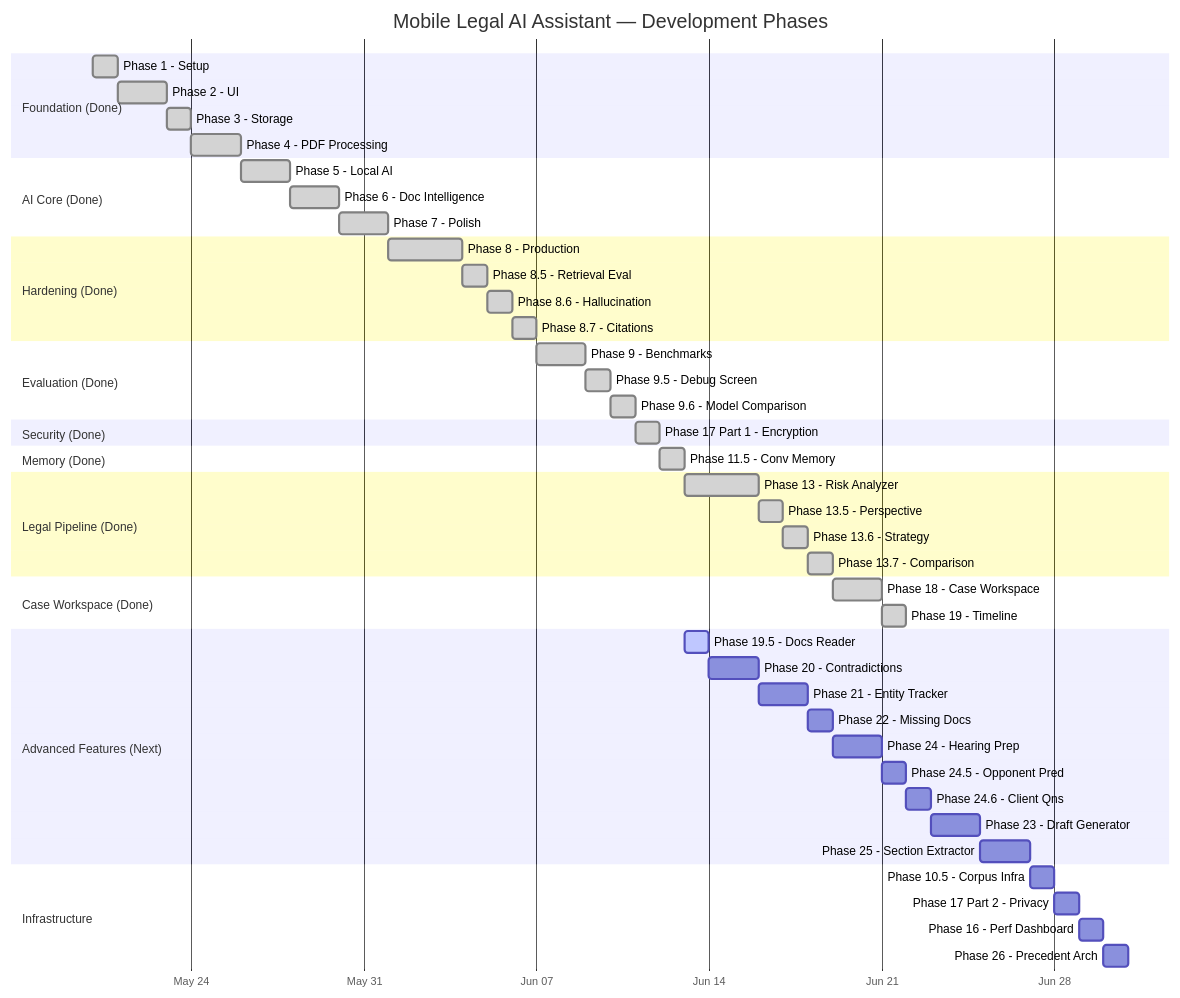
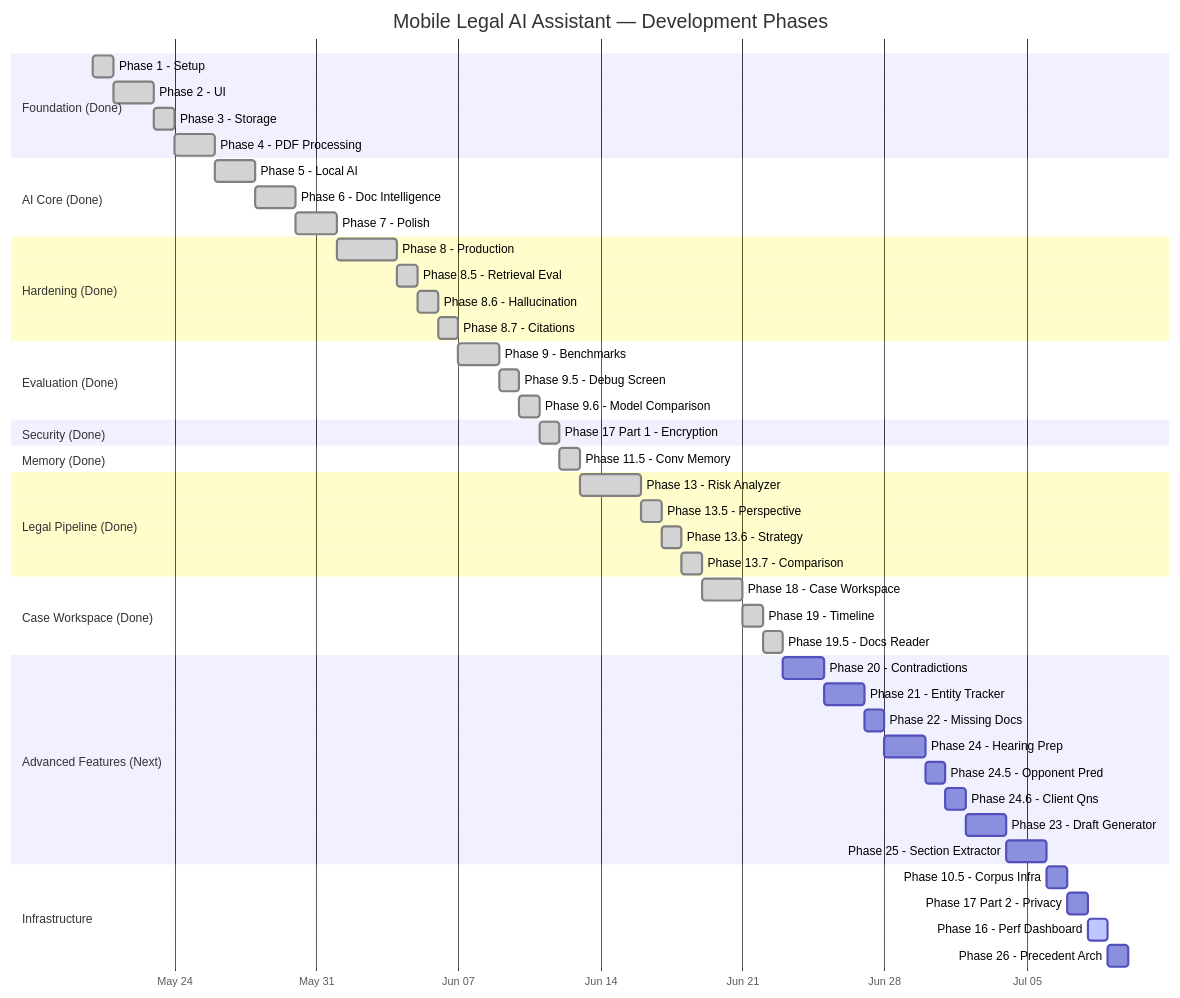
The second of 2 diagrams in docs/07-roadmap.md (Nani040905/mobile-legal-ai-assistant), drawn with Mermaid before and after one commit. The commit also changed other lines of this file and 1 other file, not shown here.

Commit message:
Docs: Update implementation status for Phase 18 and 19 to Done

````diff
--- a/docs/07-roadmap.md
+++ b/docs/07-roadmap.md
@@ -13,61 +13,61 @@
 ```mermaid
 gantt
     title Mobile Legal AI Assistant — Development Phases
     dateFormat YYYY-MM-DD
     axisFormat %b %d
 
     section Foundation (Done)
     Phase 1 - Setup             :done, p1, 2026-05-20, 1d
     Phase 2 - UI                :done, p2, after p1, 2d
     Phase 3 - Storage           :done, p3, after p2, 1d
     Phase 4 - PDF Processing    :done, p4, after p3, 2d
 
     section AI Core (Done)
     Phase 5 - Local AI          :done, p5, after p4, 2d
     Phase 6 - Doc Intelligence  :done, p6, after p5, 2d
     Phase 7 - Polish            :done, p7, after p6, 2d
 
     section Hardening (Done)
     Phase 8 - Production        :done, p8, after p7, 3d
     Phase 8.5 - Retrieval Eval  :done, p85, after p8, 1d
     Phase 8.6 - Hallucination   :done, p86, after p85, 1d
     Phase 8.7 - Citations       :done, p87, after p86, 1d
 
     section Evaluation (Done)
     Phase 9 - Benchmarks        :done, p9, after p87, 2d
     Phase 9.5 - Debug Screen    :done, p95, after p9, 1d
     Phase 9.6 - Model Comparison :done, p96, after p95, 1d
 
     section Security (Done)
     Phase 17 Part 1 - Encryption :done, p17a, after p96, 1d
 
     section Memory (Done)
     Phase 11.5 - Conv Memory    :done, p115, after p17a, 1d
 
     section Legal Pipeline (Done)
     Phase 13 - Risk Analyzer    :done, p13, after p115, 3d
     Phase 13.5 - Perspective    :done, p135, after p13, 1d
     Phase 13.6 - Strategy       :done, p136, after p135, 1d
     Phase 13.7 - Comparison     :done, p137, after p136, 1d
 
     section Case Workspace (Done)
     Phase 18 - Case Workspace   :done, p18, after p137, 2d
     Phase 19 - Timeline         :done, p19, after p18, 1d
+    Phase 19.5 - Docs Reader    :done, p195, after p19, 1d
 
     section Advanced Features (Next)
-    Phase 19.5 - Docs Reader    :active, p195, 2026-06-13, 1d
     Phase 20 - Contradictions   :p20, after p195, 2d
     Phase 21 - Entity Tracker   :p21, after p20, 2d
     Phase 22 - Missing Docs     :p22, after p21, 1d
     Phase 24 - Hearing Prep     :p24, after p22, 2d
     Phase 24.5 - Opponent Pred  :p245, after p24, 1d
     Phase 24.6 - Client Qns     :p246, after p245, 1d
     Phase 23 - Draft Generator  :p23, after p246, 2d
     Phase 25 - Section Extractor :p25, after p23, 2d
 
     section Infrastructure
     Phase 10.5 - Corpus Infra   :p105, after p25, 1d
     Phase 17 Part 2 - Privacy   :p17b, after p105, 1d
-    Phase 16 - Perf Dashboard   :p16, after p17b, 1d
+    Phase 16 - Perf Dashboard   :active, p16, after p17b, 1d
     Phase 26 - Precedent Arch   :p26, after p16, 1d
 ```
````
